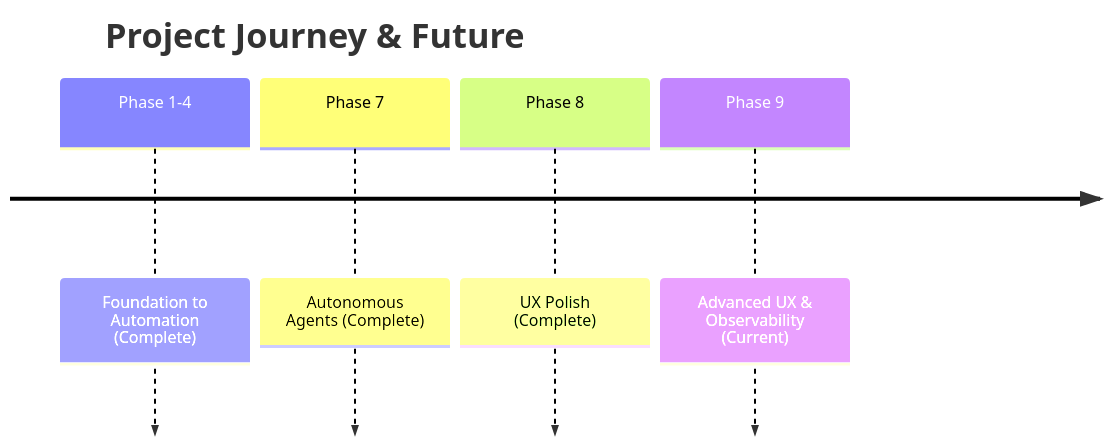
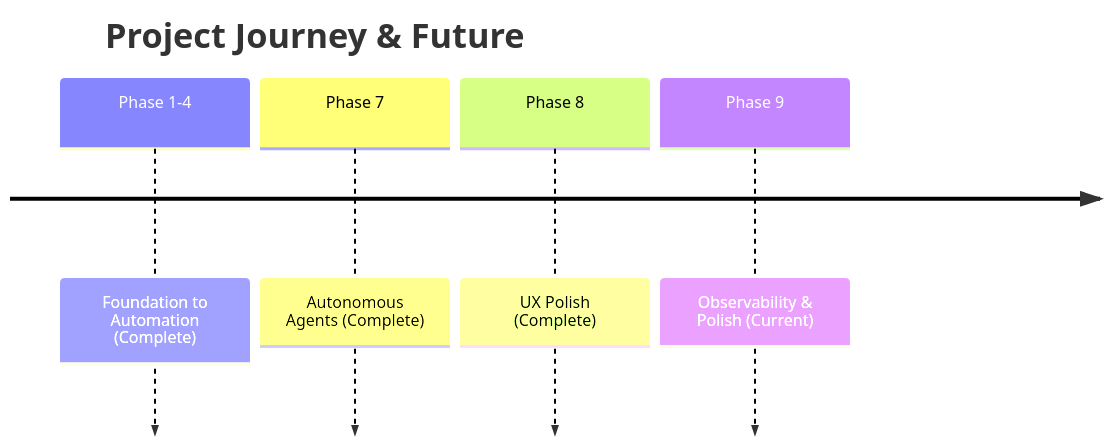
Before and after one commit to criticalinsight/trello-local-sync: the diagram in ROADMAP.md, drawn with Mermaid. The commit also changed other lines of this file, not shown here.

````diff
--- a/ROADMAP.md
+++ b/ROADMAP.md
@@ -7,8 +7,8 @@
 ```mermaid
 timeline
     title Project Journey & Future
     Phase 1-4 : Foundation to Automation (Complete)
     Phase 7 : Autonomous Agents (Complete)
     Phase 8 : UX Polish (Complete)
-    Phase 9 : Advanced UX & Observability (Current)
+    Phase 9 : Observability & Polish (Current)
 ```
````
